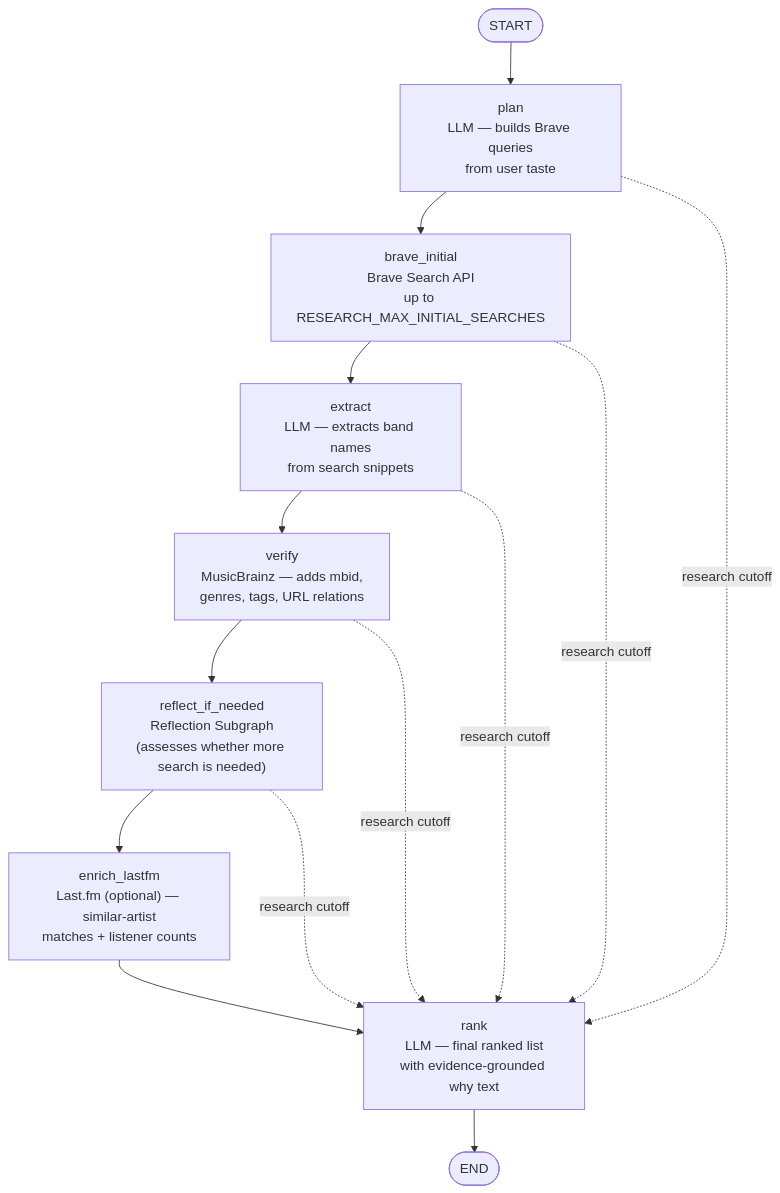
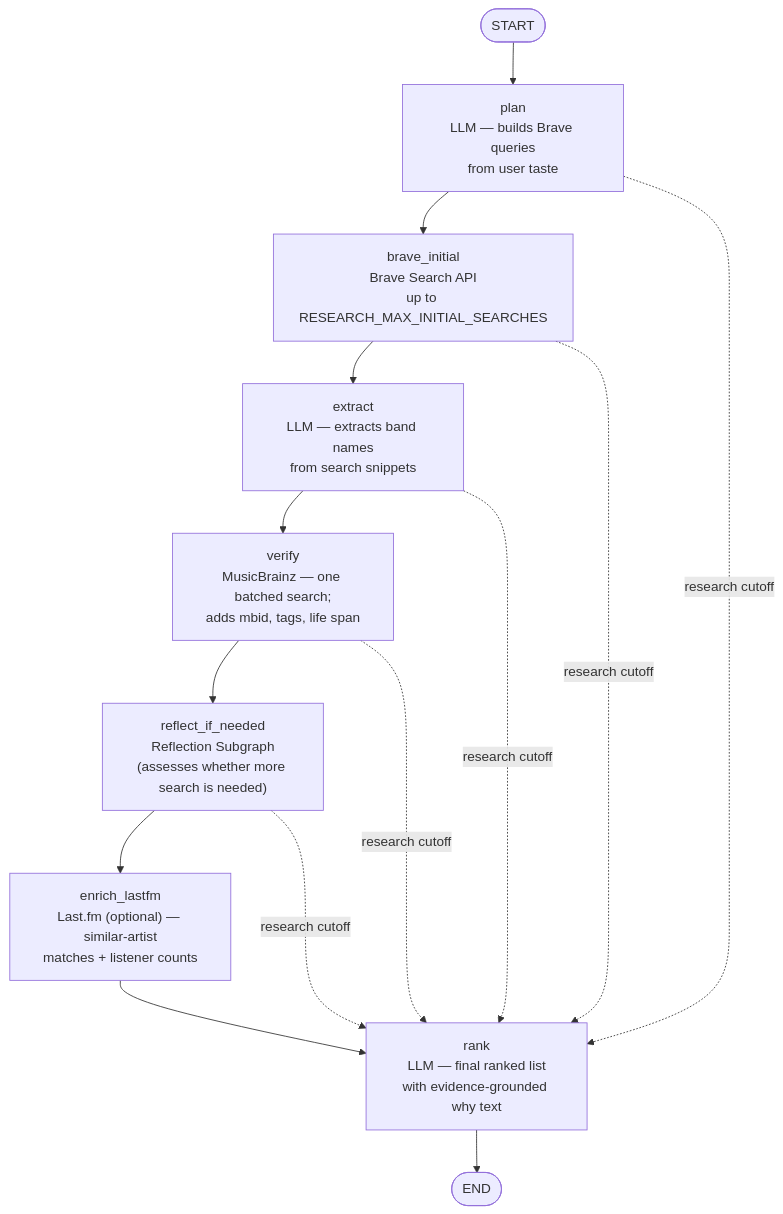
One commit to eikrad/bandsearch-app changed the third of 6 diagrams in docs/architecture/ARCHITECTURE.md. Above: the diagram before and after it, drawn with Mermaid. The commit also changed other lines of this file and 19 other files, not shown here.

First line of the commit message:
perf(api): verify candidates in one batched MusicBrainz search

````diff
--- a/docs/architecture/ARCHITECTURE.md
+++ b/docs/architecture/ARCHITECTURE.md
@@ -135,16 +135,16 @@
 ```mermaid
 flowchart TD
     START(["START"]) --> plan["plan\nLLM — builds Brave queries\nfrom user taste"]
     plan --> brave_initial["brave_initial\nBrave Search API\nup to RESEARCH_MAX_INITIAL_SEARCHES"]
     brave_initial --> extract["extract\nLLM — extracts band names\nfrom search snippets"]
-    extract --> verify["verify\nMusicBrainz — adds mbid,\ngenres, tags, URL relations"]
+    extract --> verify["verify\nMusicBrainz — one batched search;\nadds mbid, tags, life span"]
     verify --> reflect_if_needed["reflect_if_needed\nReflection Subgraph\n(assesses whether more search is needed)"]
     reflect_if_needed --> enrich_lastfm["enrich_lastfm\nLast.fm (optional) — similar-artist\nmatches + listener counts"]
     enrich_lastfm --> rank["rank\nLLM — final ranked list\nwith evidence-grounded why text"]
     rank --> END(["END"])
     plan -. research cutoff .-> rank
     brave_initial -. research cutoff .-> rank
     extract -. research cutoff .-> rank
     verify -. research cutoff .-> rank
     reflect_if_needed -. research cutoff .-> rank
 ```
````
